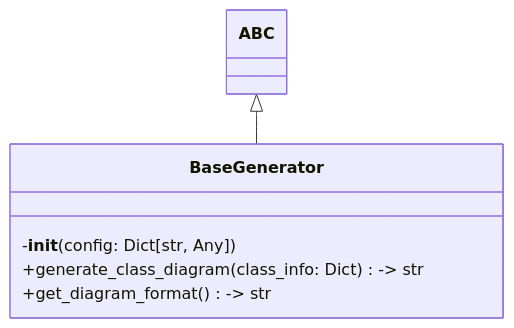
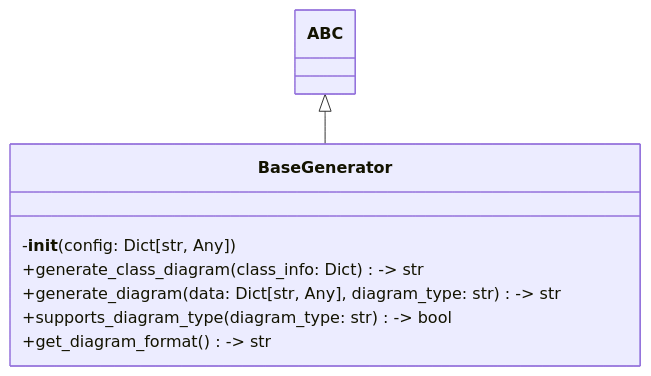
One commit to Brunvelop/autocode changed the diagram in design/autocode/core/design/generators/base_generator_class.md. Above: the diagram before and after it, drawn with Mermaid. The commit also changed other lines of this file and 11 other files, not shown here.

First line of the commit message:
feat: add Code-to-Design system with diagram generation

````diff
--- a/design/autocode/core/design/generators/base_generator_class.md
+++ b/design/autocode/core/design/generators/base_generator_class.md
@@ -9,10 +9,12 @@
 ```mermaid
 classDiagram
     class BaseGenerator {
         -__init__(config: Dict[str, Any])
         +generate_class_diagram(class_info: Dict) -> str
+        +generate_diagram(data: Dict[str, Any], diagram_type: str) -> str
+        +supports_diagram_type(diagram_type: str) -> bool
         +get_diagram_format() -> str
     }
     ABC <|-- BaseGenerator
 
 ```
````
